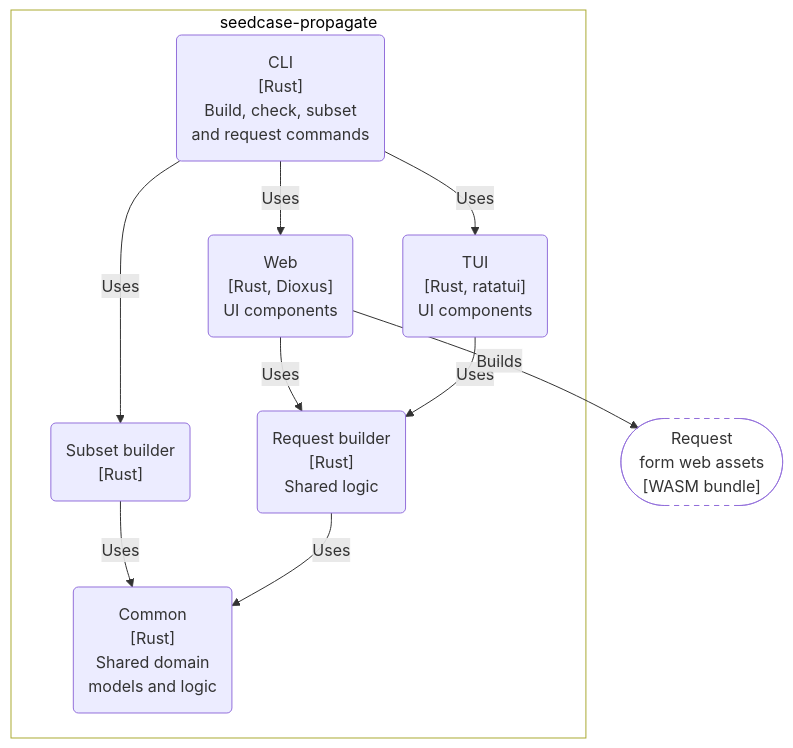
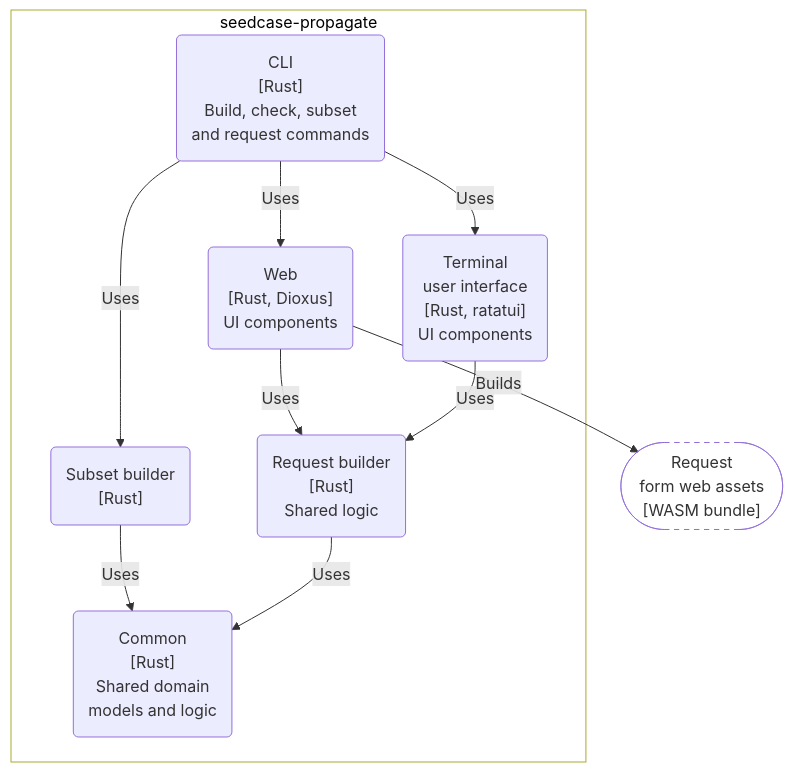
Before and after one commit to seedcase-project/seedcase-propagate: the second of 2 diagrams in docs/design/architecture.qmd, drawn with Mermaid. The commit also changed other lines of this file, not shown here.

Commit message:
docs: ✏️ minor edits to improve the architecture page (#86)

````diff
--- a/docs/design/architecture.qmd
+++ b/docs/design/architecture.qmd
@@ -202,33 +214,40 @@
 ```{mermaid}
 %%| label: fig-c4-container
 %%| fig-cap: >-
 %%|   C4 container diagram showing the main Rust crates in Propagate and the
 %%|   command-line interface.
+%%| fig-alt: >-
+%%|   A container diagram showing the internal components of Propagate and
+%%|   how they interact. The components are represented by text boxes and
+%%|   connected by labelled arrows. It shows the shared domain models and
+%%|   logic, request and subset builders, web application, terminal interface,
+%%|   and command-line interface, as well as the web assets built from the web
+%%|   application.
 
 flowchart TD
 
   subgraph "seedcase-propagate"
     common("Common<br>[Rust]<br>Shared domain<br>models and logic")
     request_builder("Request builder<br>[Rust]<br>Shared logic")
     subset_builder("Subset builder<br>[Rust]")
     web("Web<br>[Rust, Dioxus]<br>UI components")
-    tui("TUI<br>[Rust, ratatui]<br>UI components")
+    tui("Terminal<br>user interface<br>[Rust, ratatui]<br>UI components")
     cli("CLI<br>[Rust]<br>Build, check, subset<br>and request commands")
 
     subset_builder -- "Uses" --> common
     request_builder -- "Uses" --> common
     web -- "Uses" --> request_builder
     tui -- "Uses" --> request_builder
     cli -- "Uses" --> subset_builder
     cli -- "Uses" --> web
     cli -- "Uses" --> tui
   end
 
   form_assets(["Request<br>form web assets<br>[WASM bundle]"])
 
   web --"Builds"--> form_assets
 
   %% Styling
   style seedcase-propagate fill:#FFFFFF, color:#000000
   style form_assets fill:transparent, stroke-dasharray: 5 5
 ```
````
